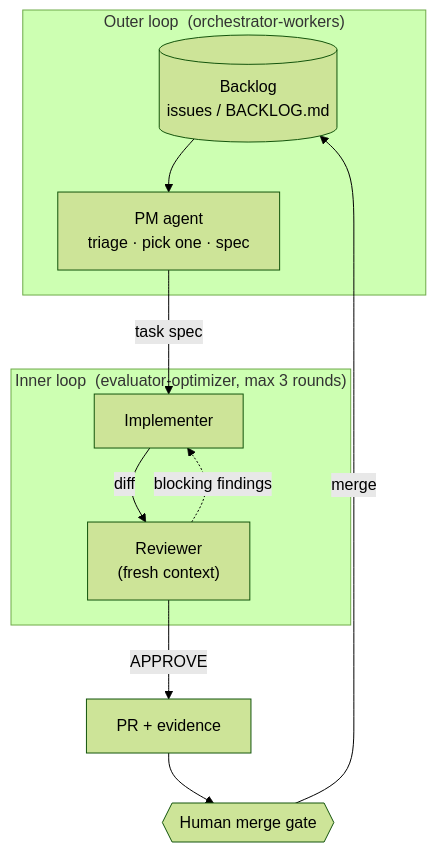
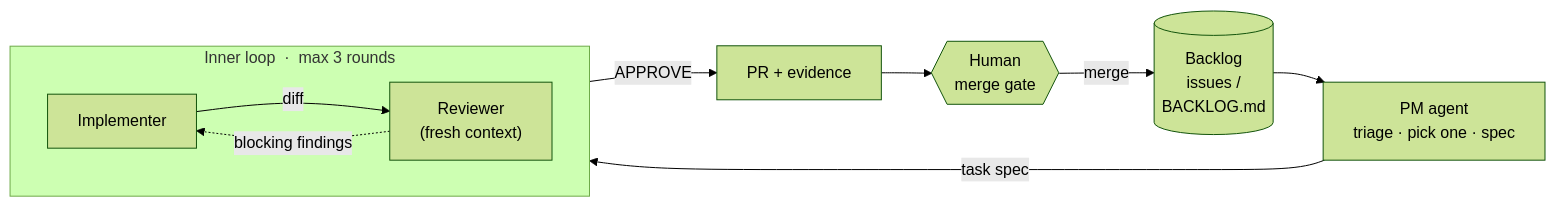
The diagram in README.md (chrille0313/agentic-monorepo-template), drawn with Mermaid (forest theme) before and after one commit. The commit also changed other lines of this file, not shown here.

Commit message:
docs: lay the loop diagram out left-to-right
The stacked TB layout was tall and cramped, with edge labels
colliding between implementer and reviewer. LR reads as a pipeline,
and only the inner loop keeps a box: the outer loop is the whole
circuit, so boxing it only added nesting noise.

````diff
--- a/README.md
+++ b/README.md
@@ -25,20 +25,19 @@
 ```mermaid
-flowchart TB
-    subgraph outer ["Outer loop &nbsp;(orchestrator-workers)"]
-        backlog[("Backlog<br>issues / BACKLOG.md")]
-        pm["PM agent<br>triage · pick one · spec"]
-        backlog --> pm
-    end
+flowchart LR
+    backlog[("Backlog<br>issues /<br>BACKLOG.md")]
+    pm["PM agent<br>triage · pick one · spec"]
 
-    subgraph inner ["Inner loop &nbsp;(evaluator-optimizer, max 3 rounds)"]
+    subgraph inner ["Inner loop &nbsp;·&nbsp; max 3 rounds"]
+        direction LR
         impl["Implementer"]
         rev["Reviewer<br>(fresh context)"]
         impl -- "diff" --> rev
         rev -. "blocking findings" .-> impl
     end
 
+    backlog --> pm
     pm -- "task spec" --> impl
     rev -- "APPROVE" --> pr["PR + evidence"]
-    pr --> gate{{"Human merge gate"}}
+    pr --> gate{{"Human<br>merge gate"}}
     gate -- "merge" --> backlog
 ```
````
